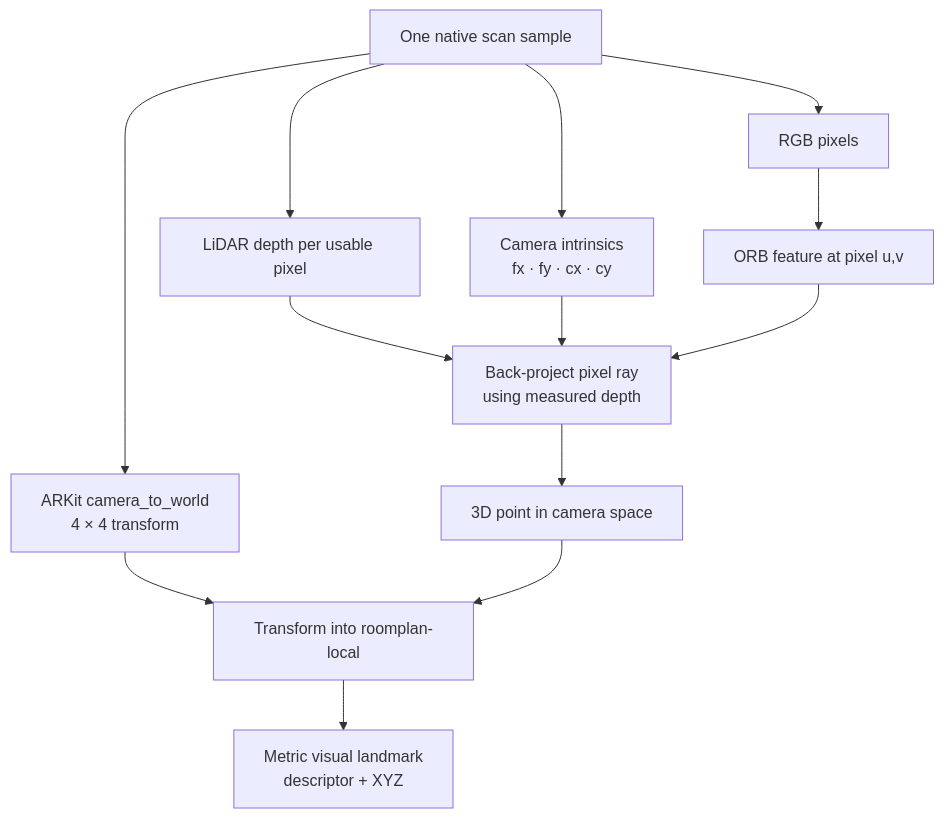
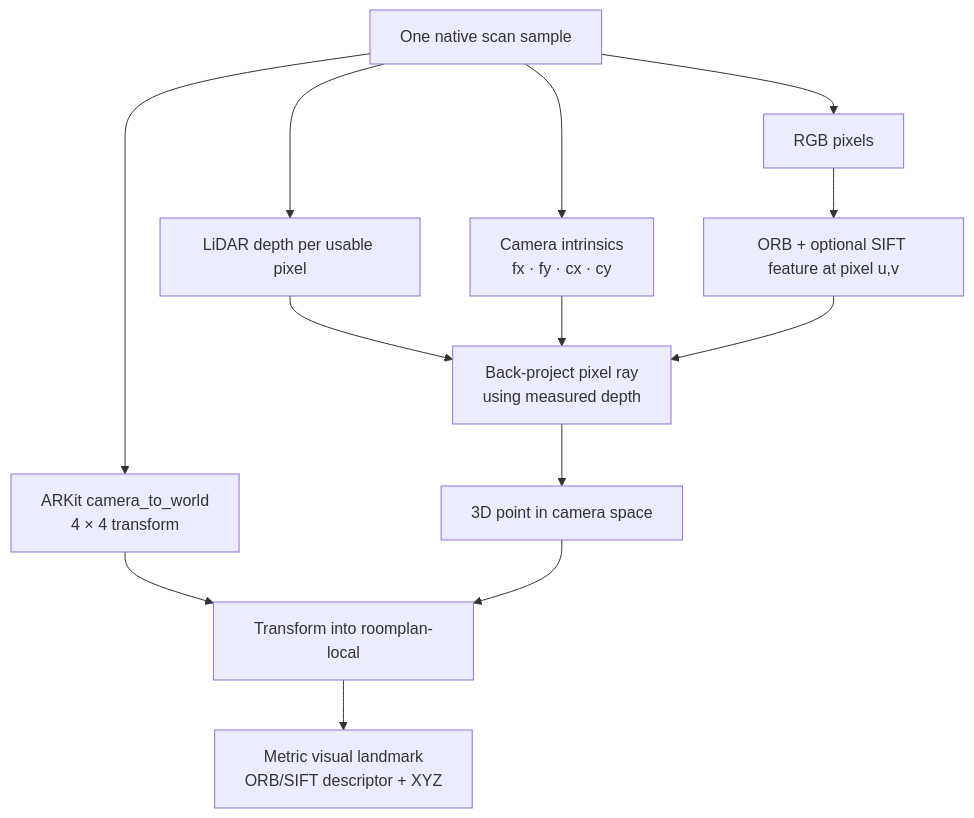
The third of 13 diagrams in pages/architecture/lidar-mapping-visual-guide.md (0xbiel/one-docs), drawn with Mermaid before and after one commit. The commit also changed other lines of this file and 6 other files, not shown here.

````diff
--- a/pages/architecture/lidar-mapping-visual-guide.md
+++ b/pages/architecture/lidar-mapping-visual-guide.md
@@ -91,16 +95,16 @@
 ```mermaid
 flowchart TD
     frame["One native scan sample"] --> pixel["RGB pixels"]
     frame --> depth["LiDAR depth per usable pixel"]
     frame --> intrinsics["Camera intrinsics<br/>fx · fy · cx · cy"]
     frame --> pose["ARKit camera_to_world<br/>4 × 4 transform"]
 
-    pixel --> keypoint["ORB feature at pixel u,v"]
+    pixel --> keypoint["ORB + optional SIFT feature at pixel u,v"]
     depth --> backproject["Back-project pixel ray<br/>using measured depth"]
     intrinsics --> backproject
     keypoint --> backproject
     backproject --> cameraPoint["3D point in camera space"]
     pose --> worldPoint["Transform into roomplan-local"]
     cameraPoint --> worldPoint
-    worldPoint --> landmark["Metric visual landmark<br/>descriptor + XYZ"]
+    worldPoint --> landmark["Metric visual landmark<br/>ORB/SIFT descriptor + XYZ"]
 ```
````
